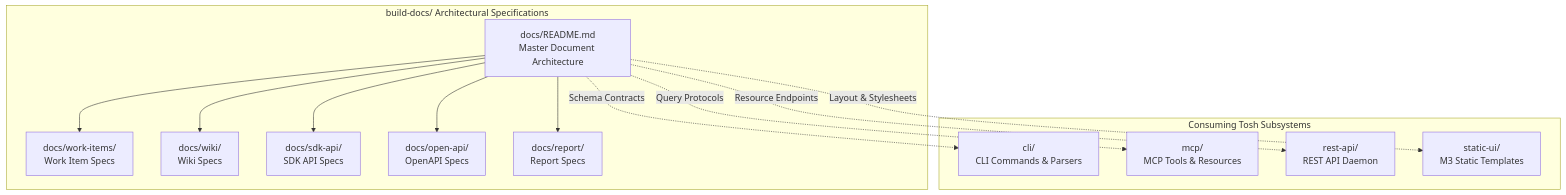
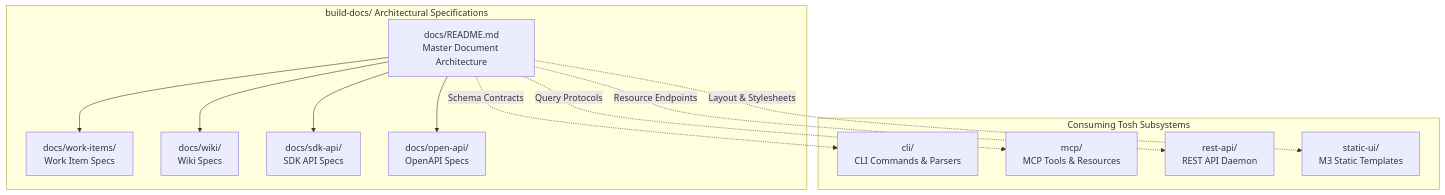
Before and after one commit to Equitable-Innovations/tosh: the first of 2 diagrams in build-docs/docs/README.md, drawn with Mermaid. The commit also changed other lines of this file and 15 other files, not shown here.

````diff
--- a/build-docs/docs/README.md
+++ b/build-docs/docs/README.md
@@ -38,29 +37,27 @@
 ```mermaid
 flowchart TD
     subgraph BuildDocs [build-docs/ Architectural Specifications]
         DocsMaster[docs/README.md<br/>Master Document Architecture]
         WI[docs/work-items/<br/>Work Item Specs]
         Wiki[docs/wiki/<br/>Wiki Specs]
         API[docs/sdk-api/<br/>SDK API Specs]
         OAS[docs/open-api/<br/>OpenAPI Specs]
-        REP[docs/report/<br/>Report Specs]
     end
 
     DocsMaster --> WI
     DocsMaster --> Wiki
     DocsMaster --> API
     DocsMaster --> OAS
-    DocsMaster --> REP
 
     subgraph Subsystems [Consuming Tosh Subsystems]
         CLI[cli/<br/>CLI Commands & Parsers]
         MCP[mcp/<br/>MCP Tools & Resources]
         REST[rest-api/<br/>REST API Daemon]
         UI[static-ui/<br/>M3 Static Templates]
     end
 
     DocsMaster -.->|Schema Contracts| CLI
     DocsMaster -.->|Query Protocols| MCP
     DocsMaster -.->|Resource Endpoints| REST
     DocsMaster -.->|Layout & Stylesheets| UI
 ```
````
